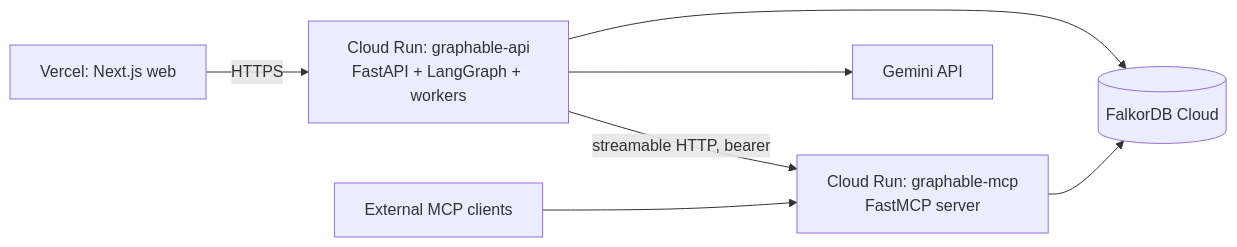
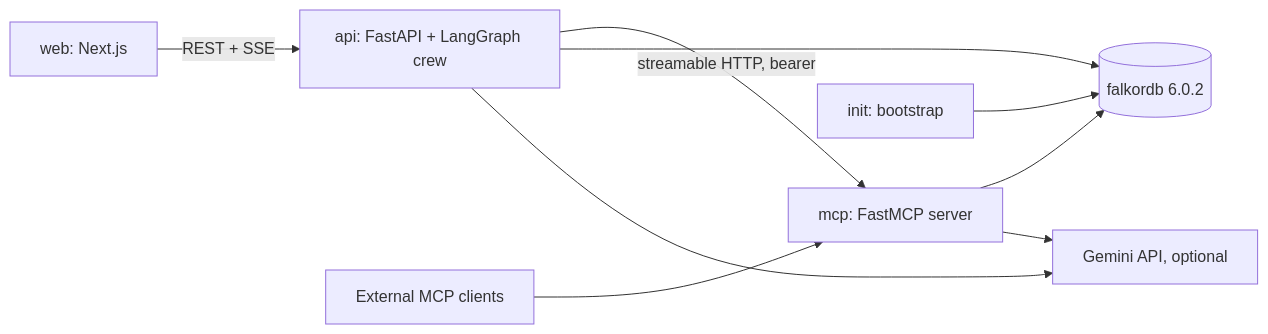
One commit to devanshucodes/graphable changed the fourth of 4 diagrams in docs/ARCHITECTURE.md. Above: the diagram before and after it, drawn with Mermaid. The commit also changed other lines of this file and 11 other files, not shown here.

````diff
--- a/docs/ARCHITECTURE.md
+++ b/docs/ARCHITECTURE.md
@@ -406,9 +411,11 @@
 ```mermaid
 flowchart LR
-  V[Vercel: Next.js web] -->|HTTPS| R1[Cloud Run: graphable-api\nFastAPI + LangGraph + workers]
-  R1 -->|streamable HTTP, bearer| R2[Cloud Run: graphable-mcp\nFastMCP server]
-  R1 --> F[(FalkorDB Cloud)]
-  R2 --> F
-  R1 --> G[Gemini API]
-  J[External MCP clients] --> R2
+  W[web: Next.js] -->|REST + SSE| A[api: FastAPI + LangGraph crew]
+  A -->|streamable HTTP, bearer| M[mcp: FastMCP server]
+  A --> F[(falkordb 6.0.2)]
+  M --> F
+  I[init: bootstrap] --> F
+  A --> G[Gemini API, optional]
+  M --> G
+  J[External MCP clients] --> M
 ```
````
